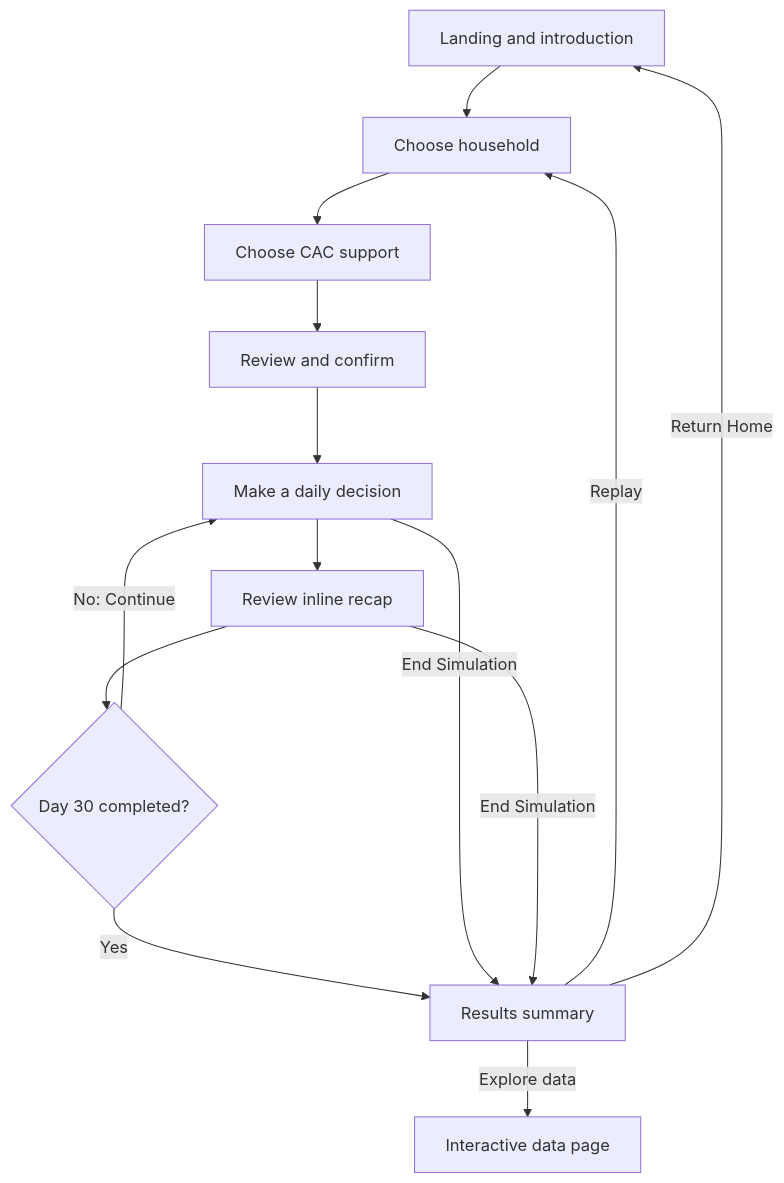
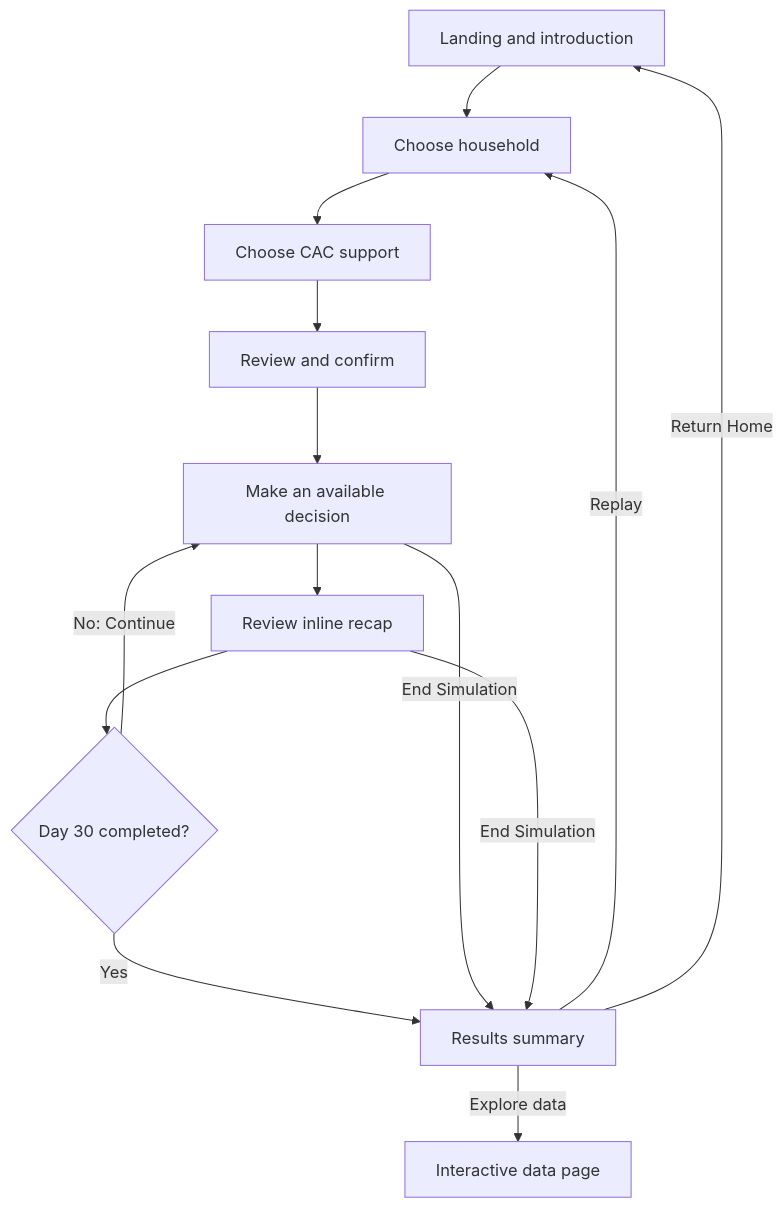
One commit to mariannglasier/team6310 changed the first of 2 diagrams in design/user-flows.md. Above: the diagram before and after it, drawn with Mermaid. The commit also changed other lines of this file and 8 other files, not shown here.

````diff
--- a/design/user-flows.md
+++ b/design/user-flows.md
@@ -18,16 +18,16 @@
 ```mermaid
 flowchart TD
     L["Landing and introduction"] --> H["Choose household"]
     H --> C["Choose CAC support"]
     C --> R["Review and confirm"]
-    R --> D["Make a daily decision"]
+    R --> D["Make an available decision"]
     D --> A["Review inline recap"]
     A --> N{"Day 30 completed?"}
     N -->|No: Continue| D
     N -->|Yes| E["Results summary"]
     D -->|End Simulation| E
     A -->|End Simulation| E
     E -->|Replay| H
     E -->|Explore data| V["Interactive data page"]
     E -->|Return Home| L
 ```
````
